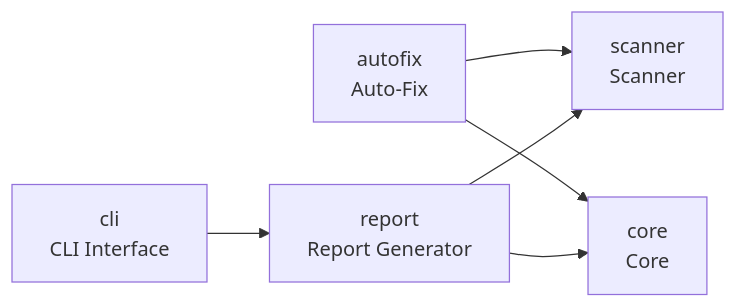
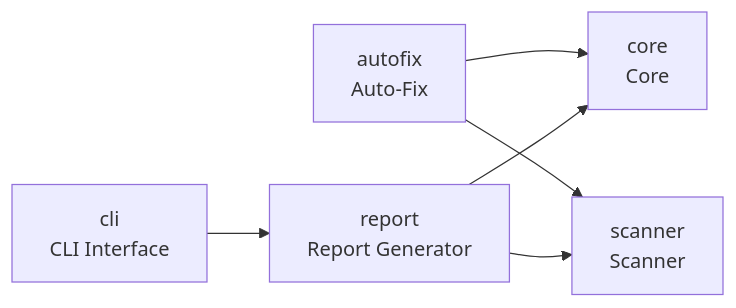
One commit to cj-mills/cjm-nbdev-docments changed the diagram in README.md. Above: the diagram before and after it, drawn with Mermaid. The commit also changed other lines of this file and 5 other files, not shown here.

````diff
--- a/README.md
+++ b/README.md
@@ -195,14 +195,14 @@
 ``` mermaid
 graph LR
     autofix[autofix<br/>Auto-Fix]
     cli[cli<br/>CLI Interface]
     core[core<br/>Core]
     report[report<br/>Report Generator]
     scanner[scanner<br/>Scanner]
 
     autofix --> core
     autofix --> scanner
     cli --> report
+    report --> core
     report --> scanner
-    report --> core
 ```
````
